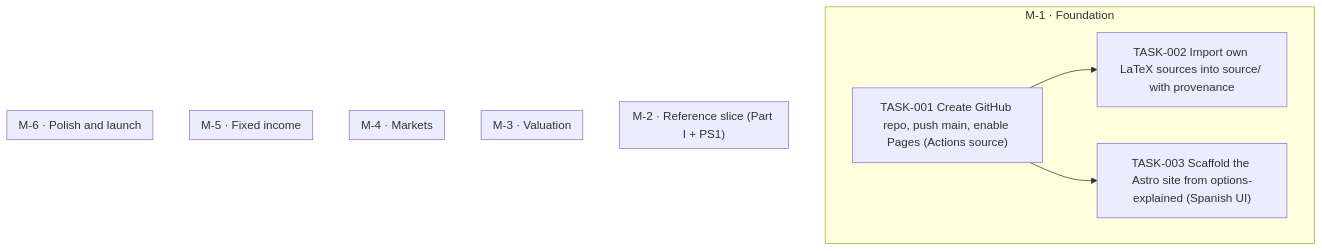
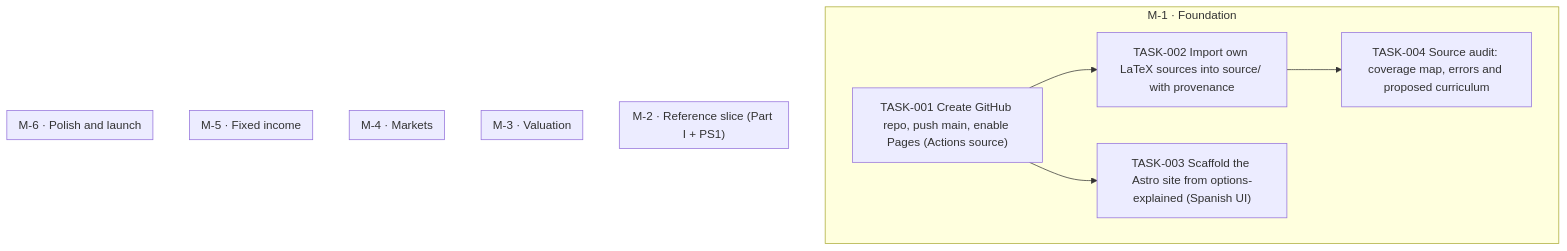
The diagram in goals/course-site/README.md (jesusvillota/economia-financiera), drawn with Mermaid before and after one commit. The commit also changed 1 other file, not shown here.

Commit message:
goal(course-site): add TASK-004 Source audit: coverage map, errors and proposed curriculum

````diff
--- a/goals/course-site/README.md
+++ b/goals/course-site/README.md
@@ -19,23 +19,25 @@
 ```mermaid
 flowchart TD
   subgraph M_1["M-1 · Foundation"]
     TASK_001["TASK-001 Create GitHub repo, push main, enable Pages (Actions source)"]
     TASK_002["TASK-002 Import own LaTeX sources into source/ with provenance"]
     TASK_003["TASK-003 Scaffold the Astro site from options-explained (Spanish UI)"]
+    TASK_004["TASK-004 Source audit: coverage map, errors and proposed curriculum"]
   end
   subgraph M_2["M-2 · Reference slice (Part I + PS1)"]
   end
   subgraph M_3["M-3 · Valuation"]
   end
   subgraph M_4["M-4 · Markets"]
   end
   subgraph M_5["M-5 · Fixed income"]
   end
   subgraph M_6["M-6 · Polish and launch"]
   end
   TASK_001 --> TASK_002
   TASK_001 --> TASK_003
+  TASK_002 --> TASK_004
   classDef draft stroke-dasharray: 4 3
   classDef cancelled opacity:0.45
   classDef decision fill:#f3e8ff,stroke:#7c3aed
 ```
````
